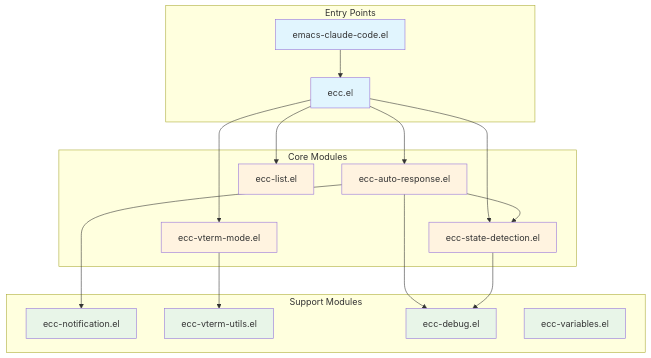
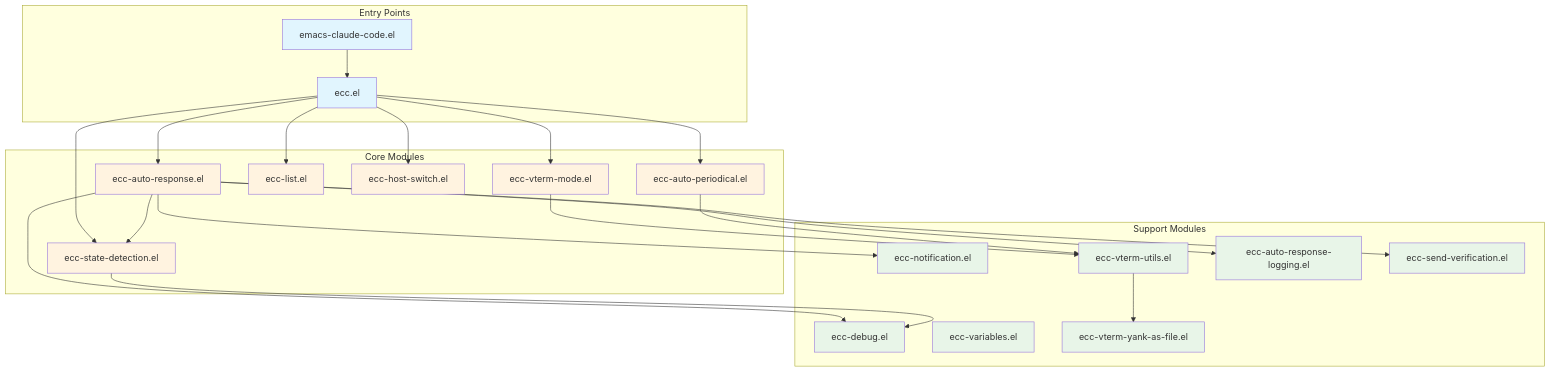
One commit to ywatanabe1989/emacs-claude-code changed the diagram in README.md. Above: the diagram before and after it, drawn with Mermaid. The commit also changed other lines of this file and 64 other files, not shown here.

````diff
--- a/README.md
+++ b/README.md
@@ -14,40 +76,51 @@
 ```mermaid
 graph TD
     subgraph "Entry Points"
         A[emacs-claude-code.el]
         B[ecc.el]
     end
     
     subgraph "Core Modules"
         C[ecc-auto-response.el]
         D[ecc-state-detection.el]
         E[ecc-vterm-mode.el]
         F[ecc-list.el]
+        K[ecc-host-switch.el]
+        L[ecc-auto-periodical.el]
     end
     
     subgraph "Support Modules"
         G[ecc-notification.el]
         H[ecc-vterm-utils.el]
         I[ecc-debug.el]
         J[ecc-variables.el]
+        M[ecc-auto-response-logging.el]
+        N[ecc-vterm-yank-as-file.el]
+        O[ecc-send-verification.el]
     end
     
     A --> B
     B --> C
     B --> D
     B --> E
     B --> F
+    B --> K
+    B --> L
     C --> D
     C --> G
+    C --> M
     E --> H
+    H --> N
     C --> I
     D --> I
+    C --> O
+    L --> H
     
     classDef entry fill:#e1f5fe
     classDef core fill:#fff3e0
     classDef support fill:#e8f5e8
     
     class A,B entry
-    class C,D,E,F core
-    class G,H,I,J support
+    class C,D,E,F,K,L core
+    class G,H,I,J,M,N,O support
 ```
````
